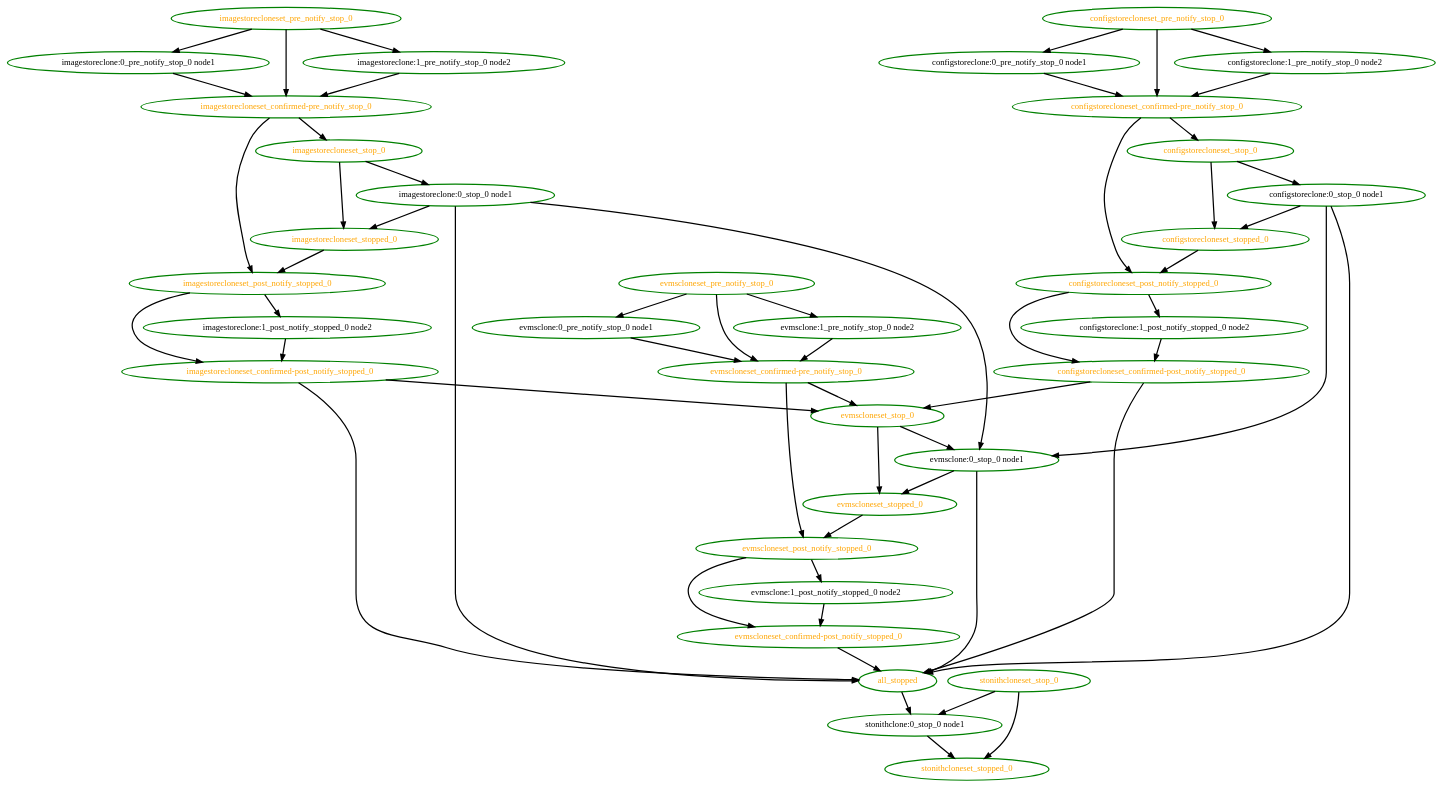
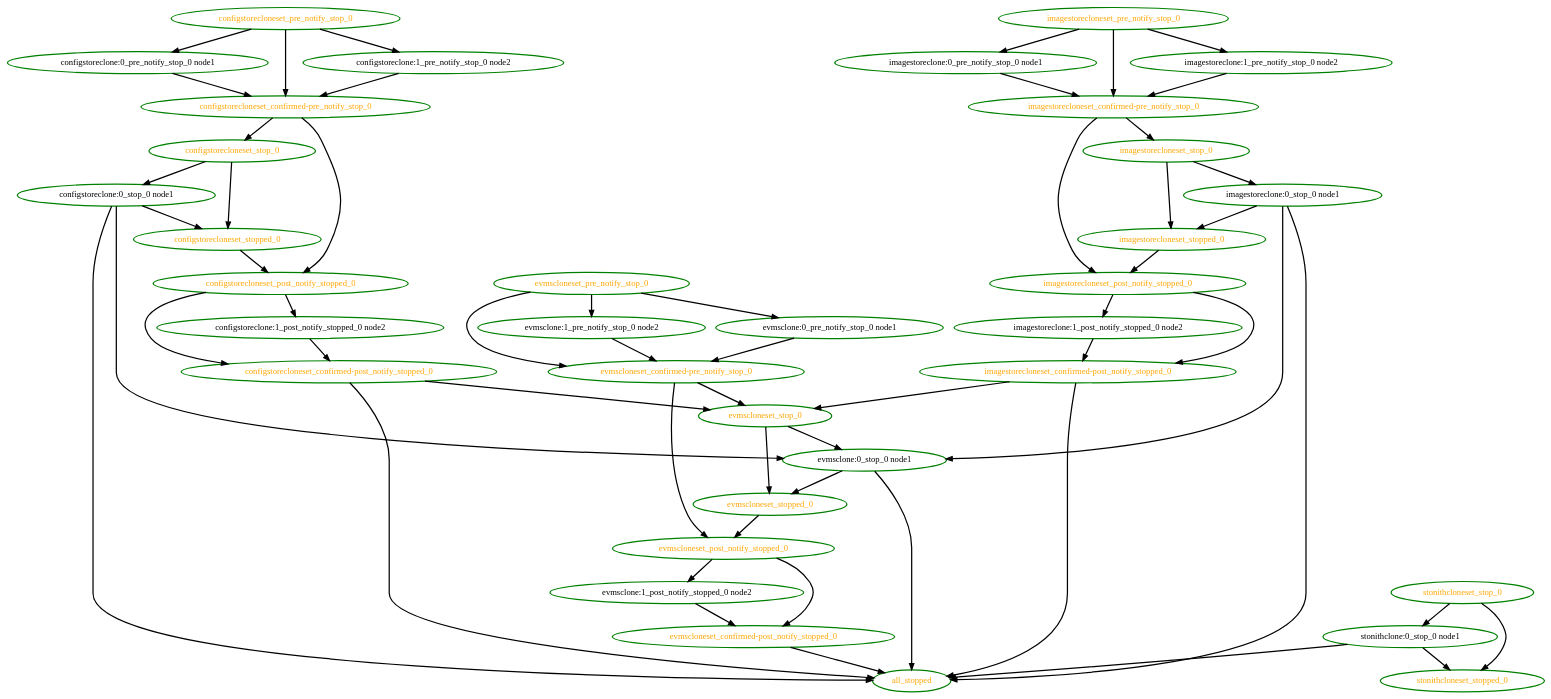
One commit to ClusterLabs/pacemaker changed the diagram in pengine/test10/interleave-stop.dot. Above: the diagram before and after it, drawn with Graphviz. The commit also changed 254 other files, not shown here.

```diff
--- a/pengine/test10/interleave-stop.dot
+++ b/pengine/test10/interleave-stop.dot
@@ -1,92 +1,92 @@
 digraph "g" {
-"all_stopped" -> "stonithclone:0_stop_0 node1" [ style = bold]
 "all_stopped" [ style=bold color="green" fontcolor="orange" ]
 "configstoreclone:0_pre_notify_stop_0 node1" -> "configstorecloneset_confirmed-pre_notify_stop_0" [ style = bold]
 "configstoreclone:0_pre_notify_stop_0 node1" [ style=bold color="green" fontcolor="black" ]
 "configstoreclone:0_stop_0 node1" -> "all_stopped" [ style = bold]
 "configstoreclone:0_stop_0 node1" -> "configstorecloneset_stopped_0" [ style = bold]
 "configstoreclone:0_stop_0 node1" -> "evmsclone:0_stop_0 node1" [ style = bold]
 "configstoreclone:0_stop_0 node1" [ style=bold color="green" fontcolor="black" ]
 "configstoreclone:1_post_notify_stopped_0 node2" -> "configstorecloneset_confirmed-post_notify_stopped_0" [ style = bold]
 "configstoreclone:1_post_notify_stopped_0 node2" [ style=bold color="green" fontcolor="black"]
 "configstoreclone:1_pre_notify_stop_0 node2" -> "configstorecloneset_confirmed-pre_notify_stop_0" [ style = bold]
 "configstoreclone:1_pre_notify_stop_0 node2" [ style=bold color="green" fontcolor="black" ]
 "configstorecloneset_confirmed-post_notify_stopped_0" -> "all_stopped" [ style = bold]
 "configstorecloneset_confirmed-post_notify_stopped_0" -> "evmscloneset_stop_0" [ style = bold]
 "configstorecloneset_confirmed-post_notify_stopped_0" [ style=bold color="green" fontcolor="orange" ]
 "configstorecloneset_confirmed-pre_notify_stop_0" -> "configstorecloneset_post_notify_stopped_0" [ style = bold]
 "configstorecloneset_confirmed-pre_notify_stop_0" -> "configstorecloneset_stop_0" [ style = bold]
 "configstorecloneset_confirmed-pre_notify_stop_0" [ style=bold color="green" fontcolor="orange" ]
 "configstorecloneset_post_notify_stopped_0" -> "configstoreclone:1_post_notify_stopped_0 node2" [ style = bold]
 "configstorecloneset_post_notify_stopped_0" -> "configstorecloneset_confirmed-post_notify_stopped_0" [ style = bold]
 "configstorecloneset_post_notify_stopped_0" [ style=bold color="green" fontcolor="orange" ]
 "configstorecloneset_pre_notify_stop_0" -> "configstoreclone:0_pre_notify_stop_0 node1" [ style = bold]
 "configstorecloneset_pre_notify_stop_0" -> "configstoreclone:1_pre_notify_stop_0 node2" [ style = bold]
 "configstorecloneset_pre_notify_stop_0" -> "configstorecloneset_confirmed-pre_notify_stop_0" [ style = bold]
 "configstorecloneset_pre_notify_stop_0" [ style=bold color="green" fontcolor="orange" ]
 "configstorecloneset_stop_0" -> "configstoreclone:0_stop_0 node1" [ style = bold]
 "configstorecloneset_stop_0" -> "configstorecloneset_stopped_0" [ style = bold]
 "configstorecloneset_stop_0" [ style=bold color="green" fontcolor="orange" ]
 "configstorecloneset_stopped_0" -> "configstorecloneset_post_notify_stopped_0" [ style = bold]
 "configstorecloneset_stopped_0" [ style=bold color="green" fontcolor="orange" ]
 "evmsclone:0_pre_notify_stop_0 node1" -> "evmscloneset_confirmed-pre_notify_stop_0" [ style = bold]
 "evmsclone:0_pre_notify_stop_0 node1" [ style=bold color="green" fontcolor="black" ]
 "evmsclone:0_stop_0 node1" -> "all_stopped" [ style = bold]
 "evmsclone:0_stop_0 node1" -> "evmscloneset_stopped_0" [ style = bold]
 "evmsclone:0_stop_0 node1" [ style=bold color="green" fontcolor="black" ]
 "evmsclone:1_post_notify_stopped_0 node2" -> "evmscloneset_confirmed-post_notify_stopped_0" [ style = bold]
 "evmsclone:1_post_notify_stopped_0 node2" [ style=bold color="green" fontcolor="black"]
 "evmsclone:1_pre_notify_stop_0 node2" -> "evmscloneset_confirmed-pre_notify_stop_0" [ style = bold]
 "evmsclone:1_pre_notify_stop_0 node2" [ style=bold color="green" fontcolor="black" ]
 "evmscloneset_confirmed-post_notify_stopped_0" -> "all_stopped" [ style = bold]
 "evmscloneset_confirmed-post_notify_stopped_0" [ style=bold color="green" fontcolor="orange" ]
 "evmscloneset_confirmed-pre_notify_stop_0" -> "evmscloneset_post_notify_stopped_0" [ style = bold]
 "evmscloneset_confirmed-pre_notify_stop_0" -> "evmscloneset_stop_0" [ style = bold]
 "evmscloneset_confirmed-pre_notify_stop_0" [ style=bold color="green" fontcolor="orange" ]
 "evmscloneset_post_notify_stopped_0" -> "evmsclone:1_post_notify_stopped_0 node2" [ style = bold]
 "evmscloneset_post_notify_stopped_0" -> "evmscloneset_confirmed-post_notify_stopped_0" [ style = bold]
 "evmscloneset_post_notify_stopped_0" [ style=bold color="green" fontcolor="orange" ]
 "evmscloneset_pre_notify_stop_0" -> "evmsclone:0_pre_notify_stop_0 node1" [ style = bold]
 "evmscloneset_pre_notify_stop_0" -> "evmsclone:1_pre_notify_stop_0 node2" [ style = bold]
 "evmscloneset_pre_notify_stop_0" -> "evmscloneset_confirmed-pre_notify_stop_0" [ style = bold]
 "evmscloneset_pre_notify_stop_0" [ style=bold color="green" fontcolor="orange" ]
 "evmscloneset_stop_0" -> "evmsclone:0_stop_0 node1" [ style = bold]
 "evmscloneset_stop_0" -> "evmscloneset_stopped_0" [ style = bold]
 "evmscloneset_stop_0" [ style=bold color="green" fontcolor="orange" ]
 "evmscloneset_stopped_0" -> "evmscloneset_post_notify_stopped_0" [ style = bold]
 "evmscloneset_stopped_0" [ style=bold color="green" fontcolor="orange" ]
 "imagestoreclone:0_pre_notify_stop_0 node1" -> "imagestorecloneset_confirmed-pre_notify_stop_0" [ style = bold]
 "imagestoreclone:0_pre_notify_stop_0 node1" [ style=bold color="green" fontcolor="black" ]
 "imagestoreclone:0_stop_0 node1" -> "all_stopped" [ style = bold]
 "imagestoreclone:0_stop_0 node1" -> "evmsclone:0_stop_0 node1" [ style = bold]
 "imagestoreclone:0_stop_0 node1" -> "imagestorecloneset_stopped_0" [ style = bold]
 "imagestoreclone:0_stop_0 node1" [ style=bold color="green" fontcolor="black" ]
 "imagestoreclone:1_post_notify_stopped_0 node2" -> "imagestorecloneset_confirmed-post_notify_stopped_0" [ style = bold]
 "imagestoreclone:1_post_notify_stopped_0 node2" [ style=bold color="green" fontcolor="black"]
 "imagestoreclone:1_pre_notify_stop_0 node2" -> "imagestorecloneset_confirmed-pre_notify_stop_0" [ style = bold]
 "imagestoreclone:1_pre_notify_stop_0 node2" [ style=bold color="green" fontcolor="black" ]
 "imagestorecloneset_confirmed-post_notify_stopped_0" -> "all_stopped" [ style = bold]
 "imagestorecloneset_confirmed-post_notify_stopped_0" -> "evmscloneset_stop_0" [ style = bold]
 "imagestorecloneset_confirmed-post_notify_stopped_0" [ style=bold color="green" fontcolor="orange" ]
 "imagestorecloneset_confirmed-pre_notify_stop_0" -> "imagestorecloneset_post_notify_stopped_0" [ style = bold]
 "imagestorecloneset_confirmed-pre_notify_stop_0" -> "imagestorecloneset_stop_0" [ style = bold]
 "imagestorecloneset_confirmed-pre_notify_stop_0" [ style=bold color="green" fontcolor="orange" ]
 "imagestorecloneset_post_notify_stopped_0" -> "imagestoreclone:1_post_notify_stopped_0 node2" [ style = bold]
 "imagestorecloneset_post_notify_stopped_0" -> "imagestorecloneset_confirmed-post_notify_stopped_0" [ style = bold]
 "imagestorecloneset_post_notify_stopped_0" [ style=bold color="green" fontcolor="orange" ]
 "imagestorecloneset_pre_notify_stop_0" -> "imagestoreclone:0_pre_notify_stop_0 node1" [ style = bold]
 "imagestorecloneset_pre_notify_stop_0" -> "imagestoreclone:1_pre_notify_stop_0 node2" [ style = bold]
 "imagestorecloneset_pre_notify_stop_0" -> "imagestorecloneset_confirmed-pre_notify_stop_0" [ style = bold]
 "imagestorecloneset_pre_notify_stop_0" [ style=bold color="green" fontcolor="orange" ]
 "imagestorecloneset_stop_0" -> "imagestoreclone:0_stop_0 node1" [ style = bold]
 "imagestorecloneset_stop_0" -> "imagestorecloneset_stopped_0" [ style = bold]
 "imagestorecloneset_stop_0" [ style=bold color="green" fontcolor="orange" ]
 "imagestorecloneset_stopped_0" -> "imagestorecloneset_post_notify_stopped_0" [ style = bold]
 "imagestorecloneset_stopped_0" [ style=bold color="green" fontcolor="orange" ]
+"stonithclone:0_stop_0 node1" -> "all_stopped" [ style = bold]
 "stonithclone:0_stop_0 node1" -> "stonithcloneset_stopped_0" [ style = bold]
 "stonithclone:0_stop_0 node1" [ style=bold color="green" fontcolor="black" ]
 "stonithcloneset_stop_0" -> "stonithclone:0_stop_0 node1" [ style = bold]
 "stonithcloneset_stop_0" -> "stonithcloneset_stopped_0" [ style = bold]
 "stonithcloneset_stop_0" [ style=bold color="green" fontcolor="orange" ]
 "stonithcloneset_stopped_0" [ style=bold color="green" fontcolor="orange" ]
 }
```
